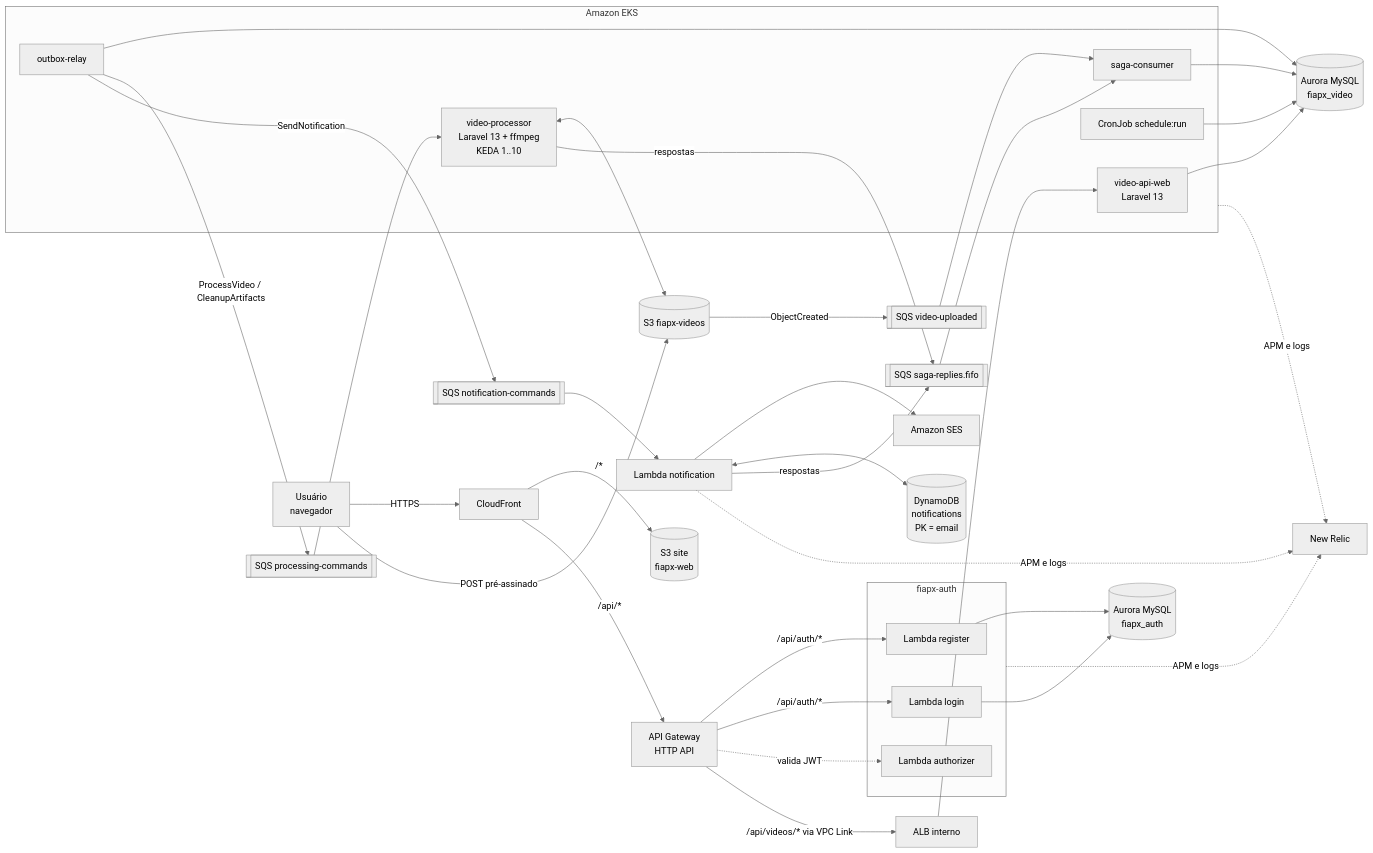
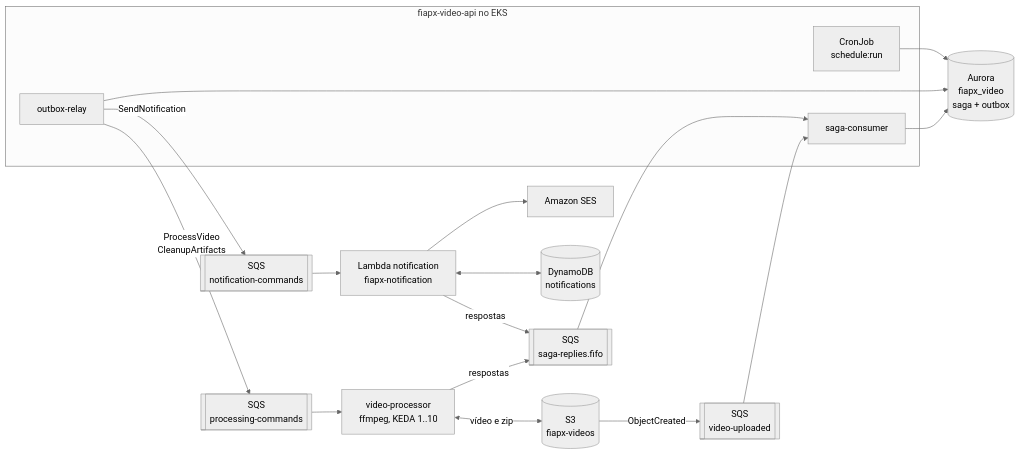
Before and after one commit to hackathon-fiap-soat/fiapx-docs: the second of 2 diagrams in 03-arquitetura/c4-containers.md, drawn with Mermaid (neutral theme). The commit also changed other lines of this file and 81 other files, not shown here.

First line of the commit message:
docs: imagens PNG e SVG de todos os diagramas (#3)

````diff
--- a/03-arquitetura/c4-containers.md
+++ b/03-arquitetura/c4-containers.md
@@ -3,44 +33,25 @@
 ```mermaid
 flowchart LR
-  U["Usuário<br/>navegador"] -->|HTTPS| CF[CloudFront]
-  CF -->|"/*"| WEB[("S3 site<br/>fiapx-web")]
-  CF -->|"/api/*"| APIGW["API Gateway<br/>HTTP API"]
-  U -->|"POST pré-assinado"| S3[("S3 fiapx-videos")]
+  S3[("S3<br/>fiapx-videos")] -->|ObjectCreated| Q_UP[["SQS<br/>video-uploaded"]]
 
-  subgraph Auth["fiapx-auth"]
-    LREG["Lambda register"]
-    LLOGIN["Lambda login"]
-    LAUTHZ["Lambda authorizer"]
+  subgraph VAPI["fiapx-video-api no EKS"]
+    CONS["saga-consumer"]
+    RELAY["outbox-relay"]
+    CRON["CronJob<br/>schedule:run"]
   end
 
-  APIGW -->|"/api/auth/*"| LREG & LLOGIN
-  APIGW -. "valida JWT" .-> LAUTHZ
-  APIGW -->|"/api/videos/* via VPC Link"| ALB["ALB interno"]
+  Q_UP --> CONS
+  CONS & RELAY & CRON --> AURORA_VIDEO[("Aurora<br/>fiapx_video<br/>saga + outbox")]
+  RELAY -->|"ProcessVideo<br/>CleanupArtifacts"| Q_PROC[["SQS<br/>processing-commands"]]
+  RELAY -->|SendNotification| Q_NOTIF[["SQS<br/>notification-commands"]]
 
-  subgraph EKS["Amazon EKS"]
-    API["video-api-web<br/>Laravel 13"]
-    RELAY["outbox-relay"]
-    CONS["saga-consumer"]
-    CRON["CronJob schedule:run"]
-    WRK["video-processor<br/>Laravel 13 + ffmpeg<br/>KEDA 1..10"]
-  end
+  Q_PROC --> WRK["video-processor<br/>ffmpeg, KEDA 1..10"]
+  WRK <-->|"vídeo e zip"| S3
+  WRK -->|respostas| Q_REPLY[["SQS<br/>saga-replies.fifo"]]
 
-  ALB --> API
-  LREG & LLOGIN --> AURORA_AUTH[("Aurora MySQL<br/>fiapx_auth")]
-  API & RELAY & CONS & CRON --> AURORA_VIDEO[("Aurora MySQL<br/>fiapx_video")]
-
-  S3 -->|ObjectCreated| Q_UP[["SQS video-uploaded"]]
-  Q_UP --> CONS
-  RELAY -->|"ProcessVideo / CleanupArtifacts"| Q_PROC[["SQS processing-commands"]]
-  RELAY -->|SendNotification| Q_NOTIF[["SQS notification-commands"]]
-  Q_PROC --> WRK
-  WRK <--> S3
-  WRK -->|respostas| Q_REPLY[["SQS saga-replies.fifo"]]
-  Q_NOTIF --> LNOTIF["Lambda notification"]
+  Q_NOTIF --> LNOTIF["Lambda notification<br/>fiapx-notification"]
   LNOTIF --> SES["Amazon SES"]
-  LNOTIF <--> DDB[("DynamoDB<br/>notifications<br/>PK = email")]
+  LNOTIF <--> DDB[("DynamoDB<br/>notifications")]
   LNOTIF -->|respostas| Q_REPLY
   Q_REPLY --> CONS
-
-  EKS & Auth & LNOTIF -. "APM e logs" .-> NR["New Relic"]
 ```
````
